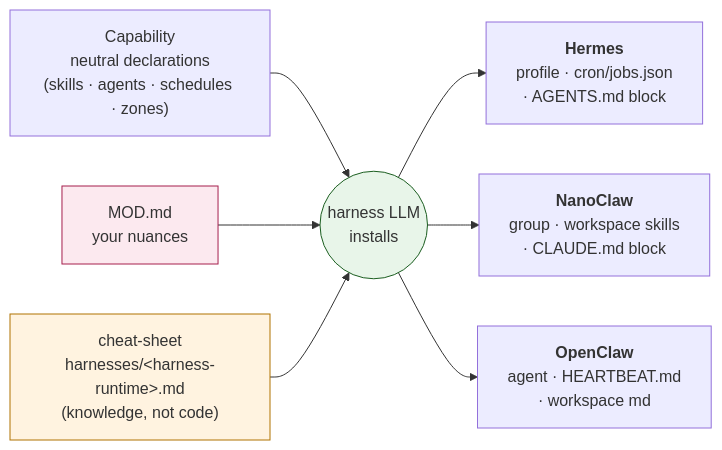
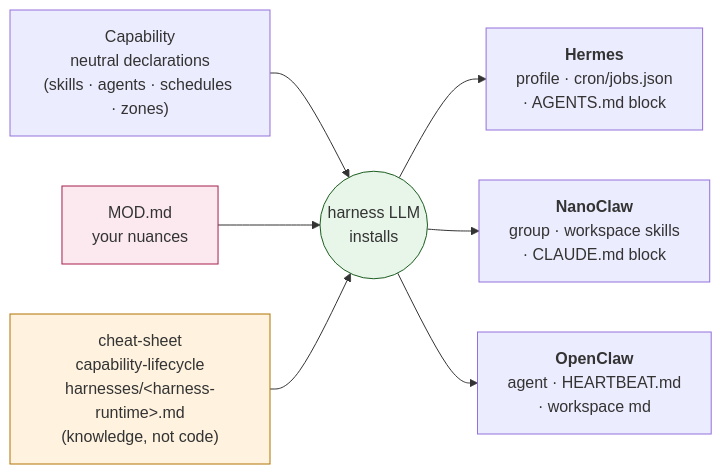
One commit to AlmogBaku/aos changed the fourth of 4 diagrams in ARCHITECTURE.md. Above: the diagram before and after it, drawn with Mermaid. The commit also changed other lines of this file and 4 other files, not shown here.

First line of the commit message:
spec: review fixes — retire merge wording everywhere, RFC-004 outcome in §5.4/install-flow, roster of four, path staleness

````diff
--- a/ARCHITECTURE.md
+++ b/ARCHITECTURE.md
@@ -431,13 +431,13 @@
 ```mermaid
 flowchart LR
     CAP["Capability<br/>neutral declarations<br/>(skills · agents · schedules · zones)"] --> LLM(("harness LLM<br/>installs"))
     MOD["MOD.md<br/>your nuances"] --> LLM
-    CS["cheat-sheet<br/>harnesses/&lt;harness-runtime&gt;.md<br/>(knowledge, not code)"] --> LLM
+    CS["cheat-sheet<br/>capability-lifecycle<br/>harnesses/&lt;harness-runtime&gt;.md<br/>(knowledge, not code)"] --> LLM
     LLM --> H1["<b>Hermes</b><br/>profile · cron/jobs.json<br/>· AGENTS.md block"]
     LLM --> H2["<b>NanoClaw</b><br/>group · workspace skills<br/>· CLAUDE.md block"]
     LLM --> H3["<b>OpenClaw</b><br/>agent · HEARTBEAT.md<br/>· workspace md"]
 
     style LLM fill:#E8F5E9,stroke:#1B5E20
     style CS fill:#FFF3E0,stroke:#B07300
     style MOD fill:#FCE9EF,stroke:#A61E4D
 ```
````
